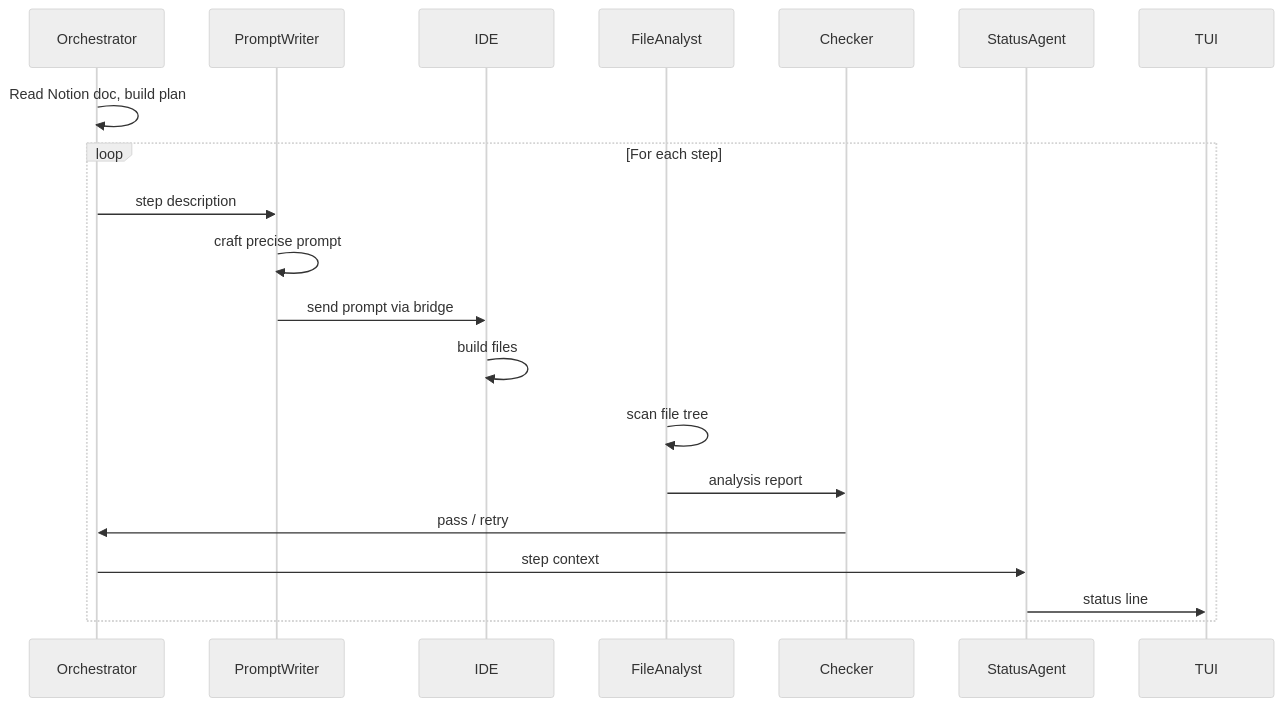
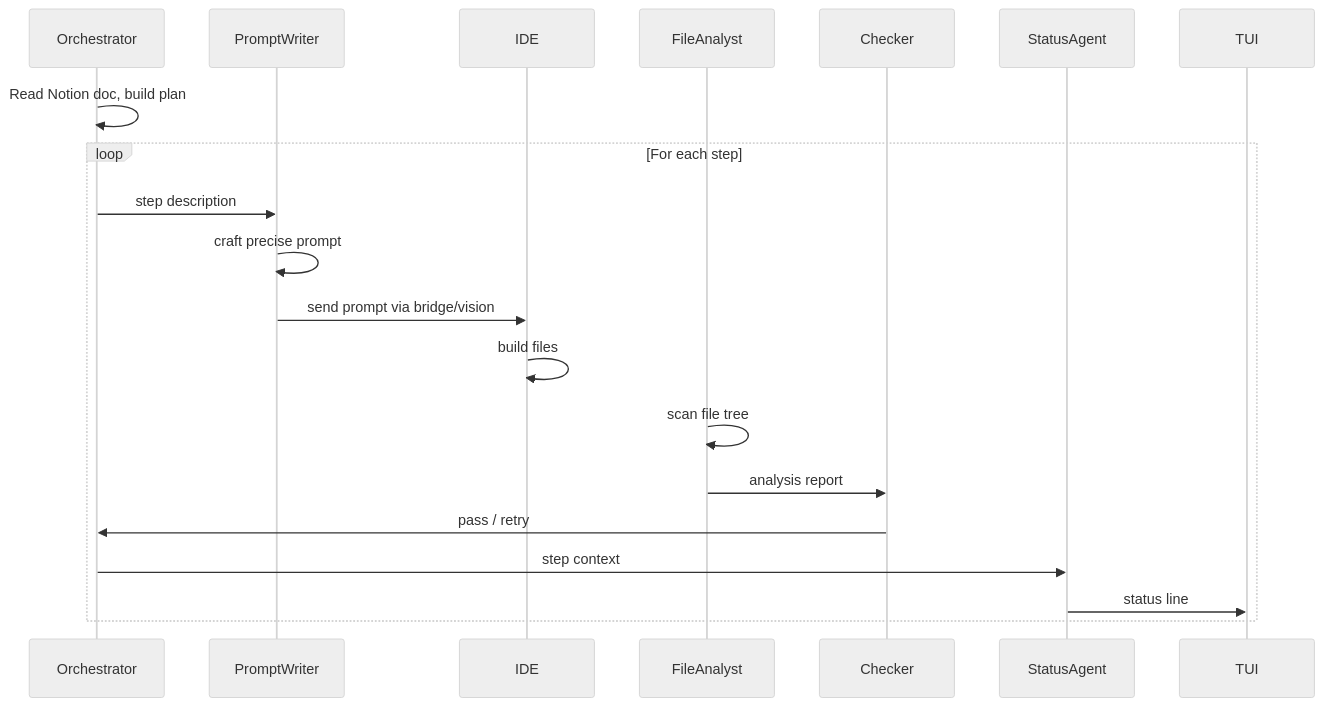
Before and after one commit to Shubham-Ramkabir/IPM: the third of 4 diagrams in Readme.md, drawn with Mermaid (neutral theme). The commit also changed other lines of this file, not shown here.

````diff
--- a/Readme.md
+++ b/Readme.md
@@ -65,22 +151,22 @@
 ```mermaid
 sequenceDiagram
     participant O as Orchestrator
     participant PW as PromptWriter
     participant K as IDE
     participant FA as FileAnalyst
     participant CH as Checker
     participant SA as StatusAgent
 
     O->>O: Read Notion doc, build plan
     loop For each step
         O->>PW: step description
         PW->>PW: craft precise prompt
-        PW->>K: send prompt via bridge
+        PW->>K: send prompt via bridge/vision
         K->>K: build files
         FA->>FA: scan file tree
         FA->>CH: analysis report
         CH->>O: pass / retry
         O->>SA: step context
         SA->>TUI: status line
     end
 ```
````
